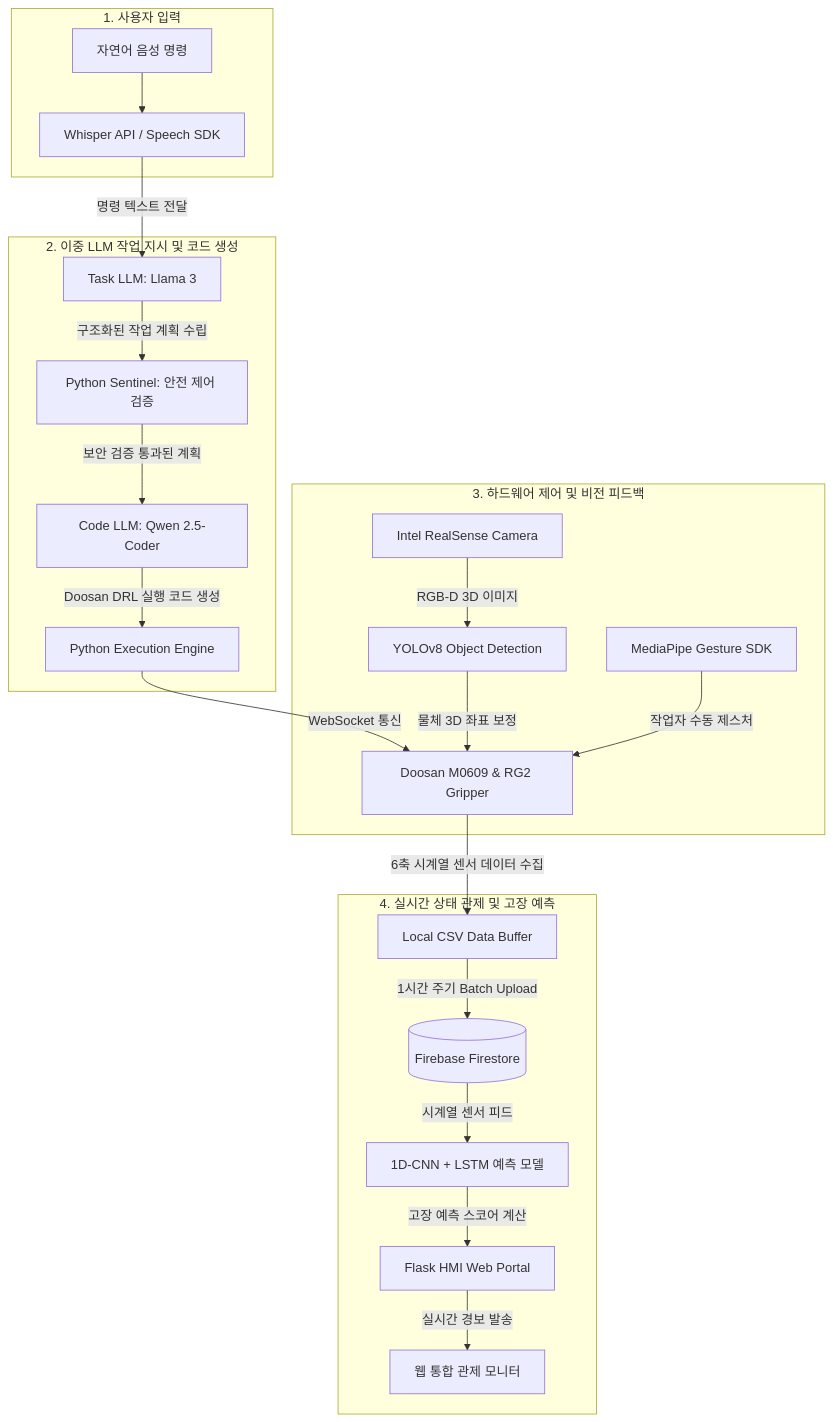
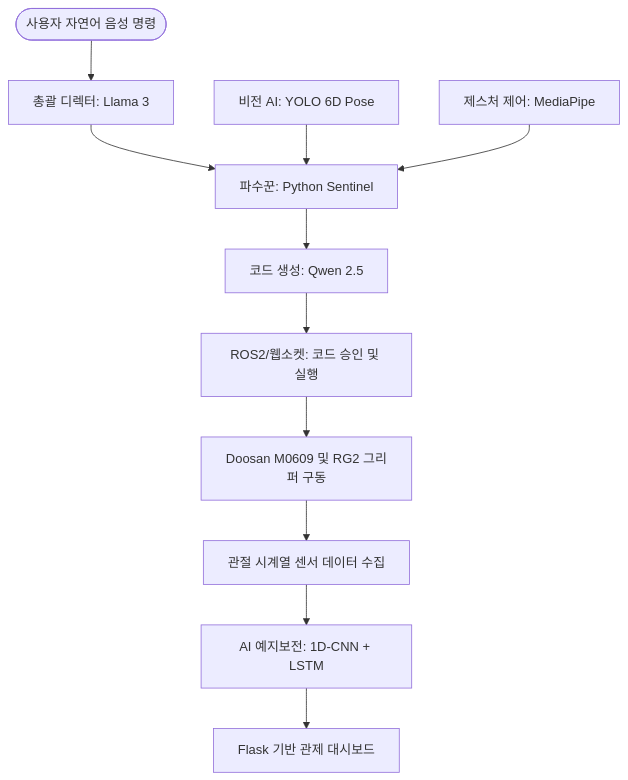
One commit to soli-robot/portfolio changed the diagram in projects/Lama/README.md. Above: the diagram before and after it, drawn with Mermaid. The commit also changed other lines of this file and 5 other files, not shown here.

````diff
--- a/projects/Lama/README.md
+++ b/projects/Lama/README.md
@@ -22,28 +42,13 @@
 ```mermaid
 flowchart TD
-    subgraph Input_Stream [1. 사용자 입력]
-        Voice[자연어 음성 명령] --> Whisper[Whisper API / Speech SDK]
-    end
-
-    subgraph LLM_Chain [2. 이중 LLM 작업 지시 및 코드 생성]
-        Whisper -->|명령 텍스트 전달| TaskLLM[Task LLM: Llama 3]
-        TaskLLM -->|구조화된 작업 계획 수립| Sentinel[Python Sentinel: 안전 제어 검증]
-        Sentinel -->|보안 검증 통과된 계획| CodeLLM[Code LLM: Qwen 2.5-Coder]
-        CodeLLM -->|Doosan DRL 실행 코드 생성| Executor[Python Execution Engine]
-    end
-
-    subgraph Physical_Hardware [3. 하드웨어 제어 및 비전 피드백]
-        Executor -->|WebSocket 통신| RobotControl[Doosan M0609 & RG2 Gripper]
-        RealSense[Intel RealSense Camera] -->|RGB-D 3D 이미지| YOLO[YOLOv8 Object Detection]
-        YOLO -->|물체 3D 좌표 보정| RobotControl
-        MediaPipe[MediaPipe Gesture SDK] -->|작업자 수동 제스처| RobotControl
-    end
-
-    subgraph Predictive_Maintenance [4. 실시간 상태 관제 및 고장 예측]
-        RobotControl -->|6축 시계열 센서 데이터 수집| Buffer[Local CSV Data Buffer]
-        Buffer -->|1시간 주기 Batch Upload| Firebase[(Firebase Firestore)]
-        Firebase -->|시계열 센서 피드| CNN_LSTM[1D-CNN + LSTM 예측 모델]
-        CNN_LSTM -->|고장 예측 스코어 계산| FlaskHMI[Flask HMI Web Portal]
-        FlaskHMI -->|실시간 경보 발송| Dashboard[웹 통합 관제 모니터]
-    end
+    Input([사용자 자연어 음성 명령]) --> Macro
+    Macro[총괄 디렉터: Llama 3] --> Micro[파수꾼: Python Sentinel]
+    Vision[비전 AI: YOLO 6D Pose] --> Micro
+    Gesture[제스처 제어: MediaPipe] --> Micro
+    Micro --> Coder[코드 생성: Qwen 2.5]
+    Coder --> Task[ROS2/웹소켓: 코드 승인 및 실행]
+    Task --> Robot[Doosan M0609 및 RG2 그리퍼 구동]
+    Robot --> Sensor[관절 시계열 센서 데이터 수집]
+    Sensor --> Predict[AI 예지보전: 1D-CNN + LSTM]
+    Predict --> Dashboard[Flask 기반 관제 대시보드]
 ```
````
